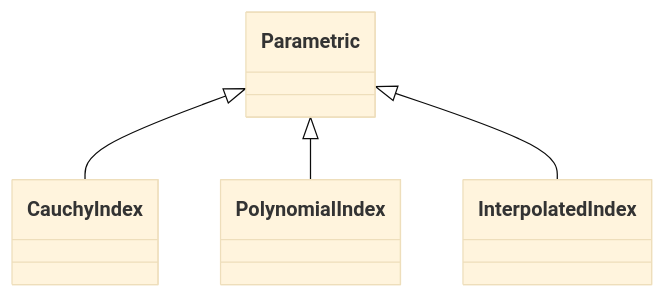
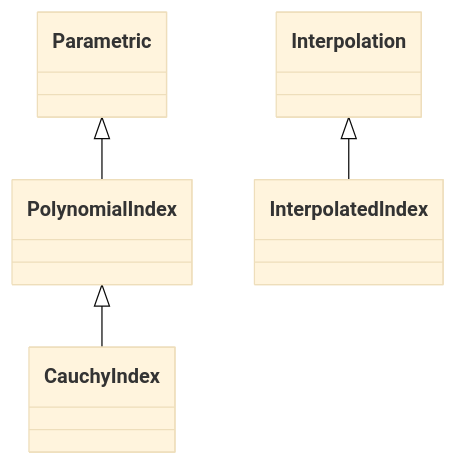
The diagram in docs/API/core/refractive.md (LouisDesdoigts/dLux), drawn with Mermaid (base theme) before and after one commit. The commit also changed 46 other files, not shown here.

````diff
--- a/docs/API/core/refractive.md
+++ b/docs/API/core/refractive.md
@@ -7,13 +7,14 @@
 ```mermaid
 classDiagram
     class dLux_parametric_refractive_CauchyIndex["CauchyIndex"]
     class dLux_parametric_refractive_PolynomialIndex["PolynomialIndex"]
     class dLux_parametric_refractive_InterpolatedIndex["InterpolatedIndex"]
+    class dLux_parametric_parametrics_Interpolation["Interpolation"]
     class dLux_parametric_parametrics_Parametric["Parametric"]
-    dLux_parametric_parametrics_Parametric <|-- dLux_parametric_refractive_CauchyIndex
-    click dLux_parametric_refractive_CauchyIndex href "#dLux.parametric.refractive.CauchyIndex" "Attributes: coeffs, scale · Properties: coefficients · Methods: evaluate()"
+    dLux_parametric_refractive_PolynomialIndex <|-- dLux_parametric_refractive_CauchyIndex
+    click dLux_parametric_refractive_CauchyIndex href "#dLux.parametric.refractive.CauchyIndex" "No direct public attributes or methods"
     dLux_parametric_parametrics_Parametric <|-- dLux_parametric_refractive_PolynomialIndex
-    click dLux_parametric_refractive_PolynomialIndex href "#dLux.parametric.refractive.PolynomialIndex" "Attributes: coeffs, scale · Properties: coefficients · Methods: evaluate()"
-    dLux_parametric_parametrics_Parametric <|-- dLux_parametric_refractive_InterpolatedIndex
-    click dLux_parametric_refractive_InterpolatedIndex href "#dLux.parametric.refractive.InterpolatedIndex" "Attributes: wavelengths, indices, method, extrapolate · Methods: evaluate()"
+    click dLux_parametric_refractive_PolynomialIndex href "#dLux.parametric.refractive.PolynomialIndex" "Attributes: coeffs, powers, scale · Methods: evaluate()"
+    dLux_parametric_parametrics_Interpolation <|-- dLux_parametric_refractive_InterpolatedIndex
+    click dLux_parametric_refractive_InterpolatedIndex href "#dLux.parametric.refractive.InterpolatedIndex" "Methods: evaluate()"
 ```
````
